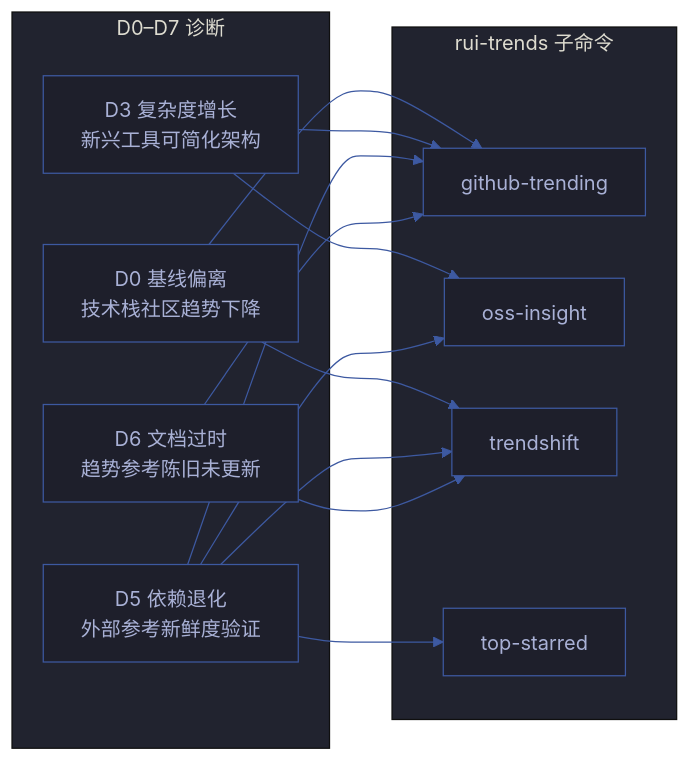
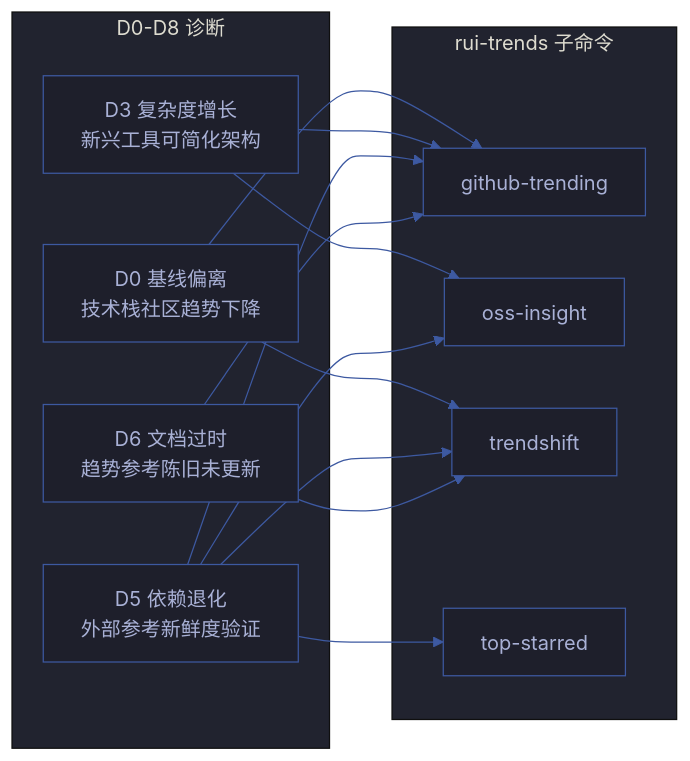
The second of 6 diagrams in skills/rui-trends/SKILL.md (effiy/YrY), drawn with Mermaid before and after one commit. The commit also changed other lines of this file and 1028 other files, not shown here.

````diff
--- a/skills/rui-trends/SKILL.md
+++ b/skills/rui-trends/SKILL.md
@@ -159,29 +161,29 @@
 ```mermaid
 %%{init: {'theme': 'base', 'themeVariables': {
   'primaryColor': '#1e1f2b',
   'primaryTextColor': '#a9b1d6',
   'primaryBorderColor': '#3d59a1',
   'lineColor': '#3d59a1',
   'secondaryColor': '#2b2d3b',
   'tertiaryColor': '#21232f'
 }}}%%
 flowchart LR
-    subgraph 诊断["D0–D7 诊断"]
+    subgraph 诊断["D0-D8 诊断"]
         D0["D0 基线偏离<br/>技术栈社区趋势下降"]
         D3["D3 复杂度增长<br/>新兴工具可简化架构"]
         D5["D5 依赖退化<br/>外部参考新鲜度验证"]
         D6["D6 文档过时<br/>趋势参考陈旧未更新"]
     end
 
     subgraph 查询["rui-trends 子命令"]
         GT["github-trending"]
         OI["oss-insight"]
         TS["trendshift"]
         TSR["top-starred"]
     end
 
     D0 --> GT & TS
     D3 --> GT & OI
     D5 --> GT & OI & TS & TSR
     D6 --> GT & TS
 ```
````
